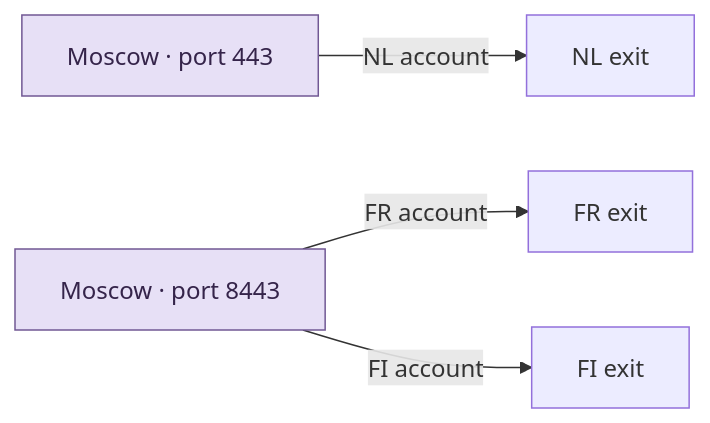
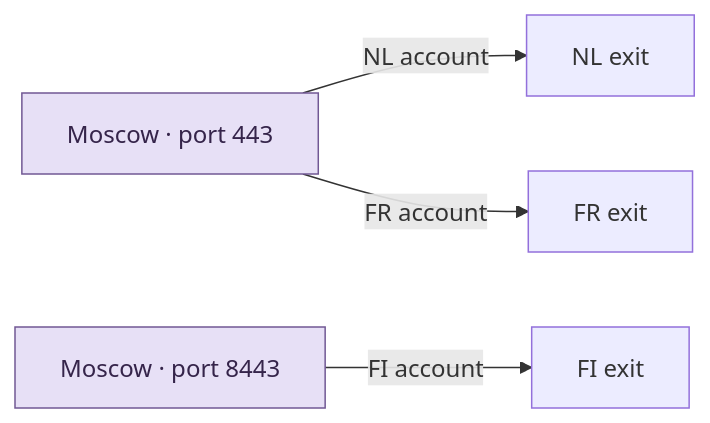
The third of 3 diagrams in docs/schemes/README.md (Vokerlee/VPN-Proxy-in-Russia), drawn with Mermaid before and after one commit. The commit also changed other lines of this file and 3 other files, not shown here.

````diff
--- a/docs/schemes/README.md
+++ b/docs/schemes/README.md
@@ -50,13 +50,13 @@
 ```mermaid
 flowchart LR
     m443["Moscow · port 443"]
     m8443["Moscow · port 8443"]
     nl["NL exit"]
     fr["FR exit"]
     fi["FI exit"]
     m443 -->|"NL account"| nl
-    m8443 -->|"FR account"| fr
+    m443 -->|"FR account"| fr
     m8443 -->|"FI account"| fi
     classDef entry fill:#e7e0f6,stroke:#715894,color:#35244a
     class m443,m8443 entry
 ```
````
